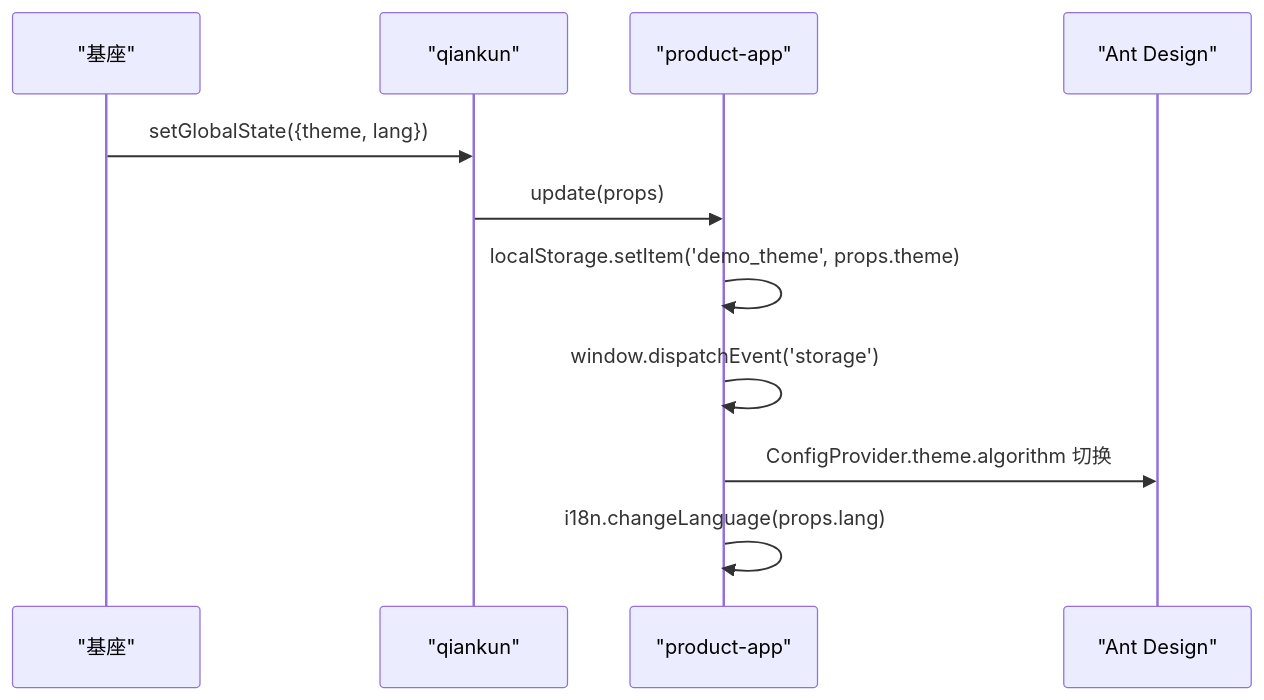
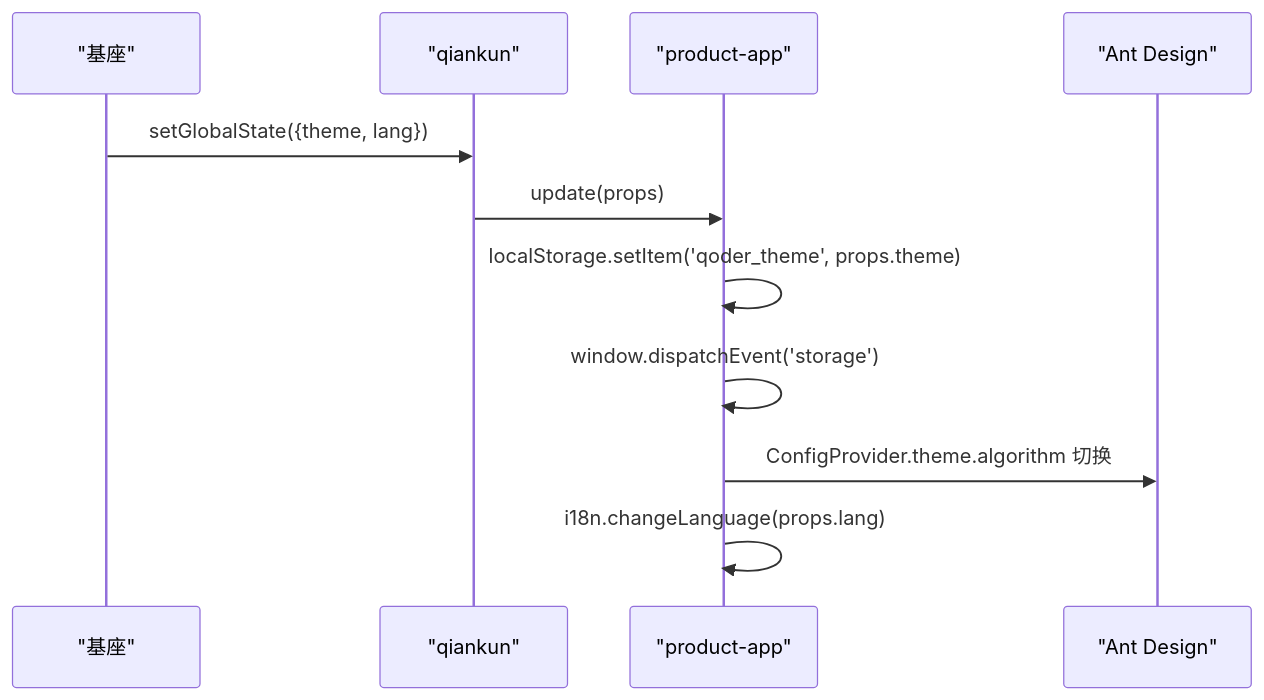
One commit to haohailiang/qoder-fullstack changed the sixth of 8 diagrams in .qoder/repowiki/zh/content/前端架构设计/前端架构设计.md. Above: the diagram before and after it, drawn with Mermaid. The commit also changed other lines of this file and 45 other files, not shown here.

````diff
--- a/.qoder/repowiki/zh/content/前端架构设计/前端架构设计.md
+++ b/.qoder/repowiki/zh/content/前端架构设计/前端架构设计.md
@@ -213,13 +213,13 @@
 ```mermaid
 sequenceDiagram
 participant Base as "基座"
 participant QK as "qiankun"
 participant Prod as "product-app"
 participant UI as "Ant Design"
 Base->>QK : setGlobalState({theme, lang})
 QK->>Prod : update(props)
-Prod->>Prod : localStorage.setItem('demo_theme', props.theme)
+Prod->>Prod : localStorage.setItem('qoder_theme', props.theme)
 Prod->>Prod : window.dispatchEvent('storage')
 Prod->>UI : ConfigProvider.theme.algorithm 切换
 Prod->>Prod : i18n.changeLanguage(props.lang)
 ```
````
